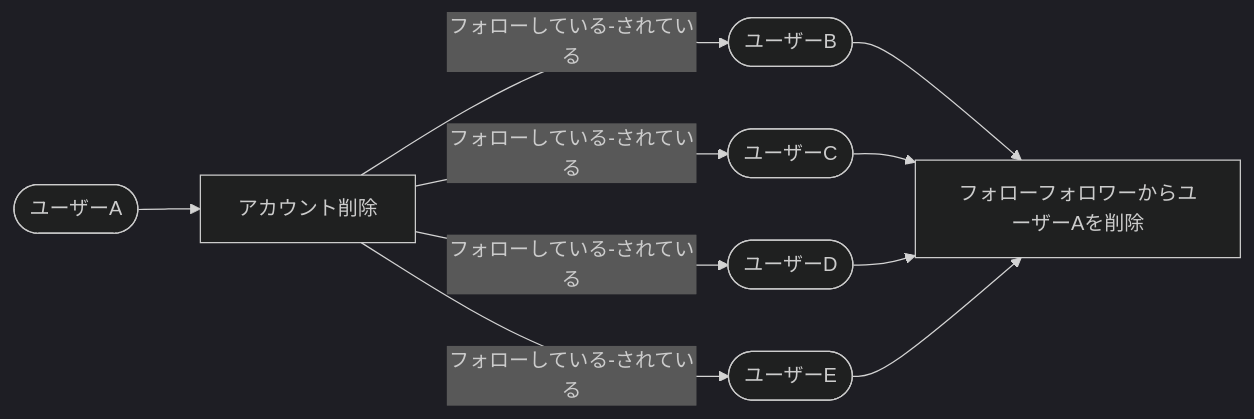
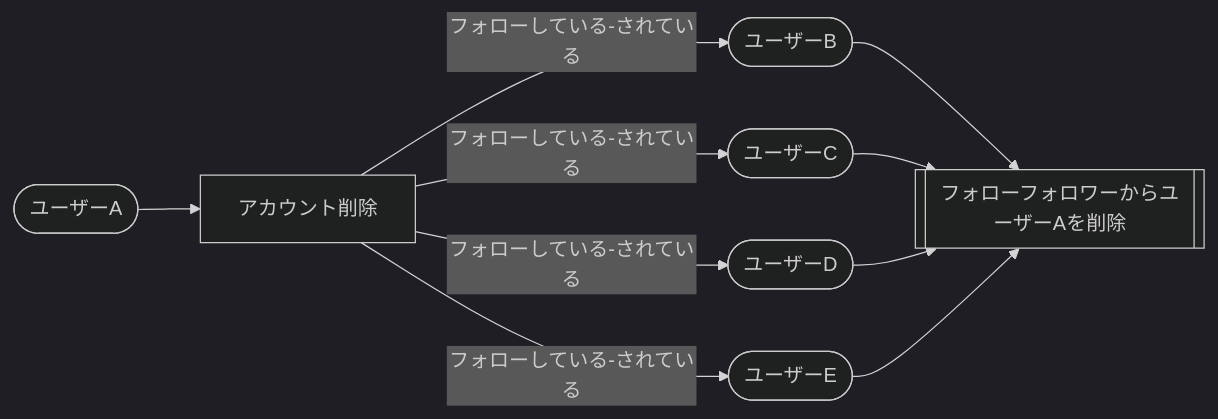
One commit to AkihitoNakano/web-portfolio changed the seventh of 8 diagrams in README.md. Above: the diagram before and after it, drawn with Mermaid (dark theme). The commit also changed other lines of this file and 5 other files, not shown here.

````diff
--- a/README.md
+++ b/README.md
@@ -572,9 +596,9 @@
 ```mermaid
 flowchart LR
 userA([ユーザーA]) --> delete[アカウント削除]
-delete -->|フォローしている-されている| userB([ユーザーB]) --> フォローフォロワーからユーザーAを削除
-delete --> |フォローしている-されている| userC([ユーザーC])--> フォローフォロワーからユーザーAを削除
-delete --> |フォローしている-されている| userD([ユーザーD])--> フォローフォロワーからユーザーAを削除
-delete --> |フォローしている-されている| userE([ユーザーE])--> フォローフォロワーからユーザーAを削除
+delete -->|フォローしている-されている| userB([ユーザーB]) --> delFollow
+delete --> |フォローしている-されている| userC([ユーザーC])--> delFollow
+delete --> |フォローしている-されている| userD([ユーザーD])--> delFollow
+delete --> |フォローしている-されている| userE([ユーザーE])--> delFollow[[フォローフォロワーからユーザーAを削除]]
 
 ```
````
